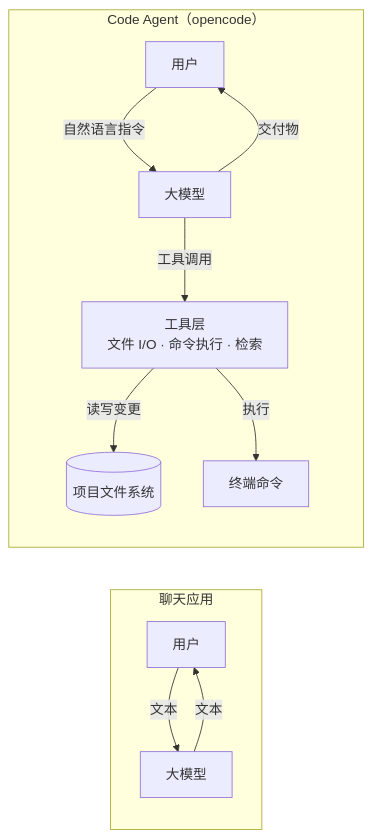
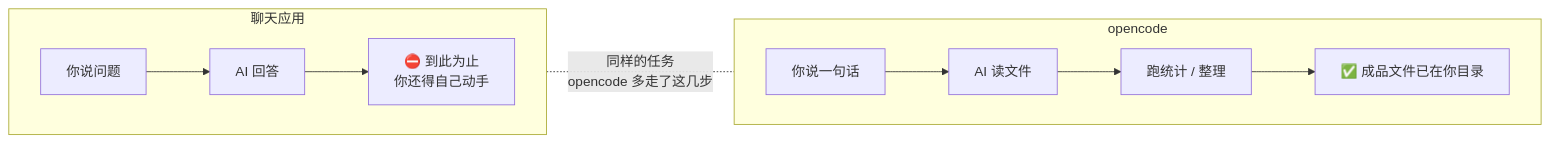
One commit to masonsxu/notes changed the first of 3 diagrams in ppt/ppt1-intro/opencode-getting-started.md. Above: the diagram before and after it, drawn with Mermaid. The commit also changed other lines of this file and 1 other file, not shown here.

First line of the commit message:
refactor: 重写 opencode 入门与进阶文稿，面向非专业人士重构

````diff
--- a/ppt/ppt1-intro/opencode-getting-started.md
+++ b/ppt/ppt1-intro/opencode-getting-started.md
@@ -24,16 +30,15 @@
 ```mermaid
 flowchart LR
-    subgraph Chat["聊天应用"]
-        direction TB
-        U1["用户"] -->|"文本"| L1["大模型"]
-        L1 -->|"文本"| U1
+    subgraph C["聊天应用"]
+        direction LR
+        C1["你说问题"] --> C2["AI 回答"]
+        C2 --> STOP["⛔ 到此为止<br/>你还得自己动手"]
     end
-    subgraph Agent["Code Agent（opencode）"]
-        direction TB
-        U2["用户"] -->|"自然语言指令"| L2["大模型"]
-        L2 -->|"工具调用"| T["工具层<br/>文件 I/O · 命令执行 · 检索"]
-        T -->|"读写变更"| FS[("项目文件系统")]
-        T -->|"执行"| CMD["终端命令"]
-        L2 -->|"交付物"| U2
+    subgraph O["opencode"]
+        direction LR
+        O1["你说一句话"] --> O2["AI 读文件"]
+        O2 --> O3["跑统计 / 整理"]
+        O3 --> O4["✅ 成品文件已在你目录"]
     end
+    STOP -.-|"同样的任务<br/>opencode 多走了这几步"| O2
 ```
````
